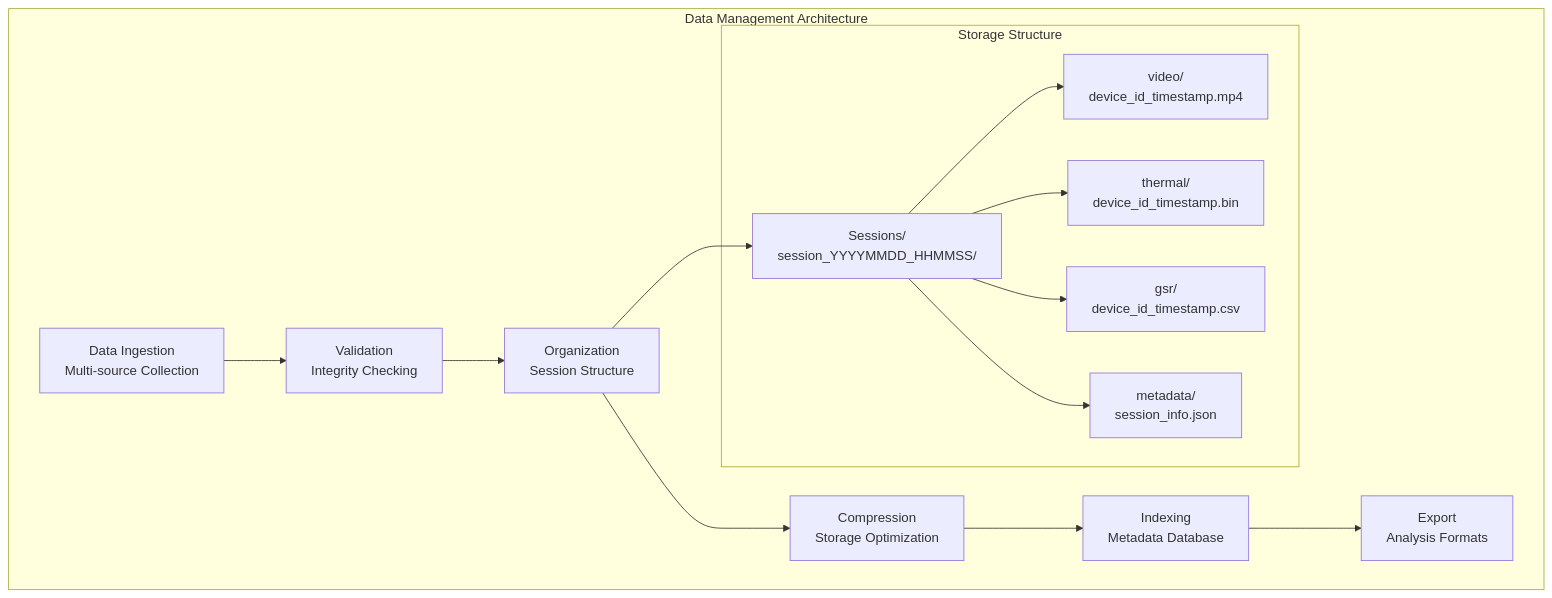
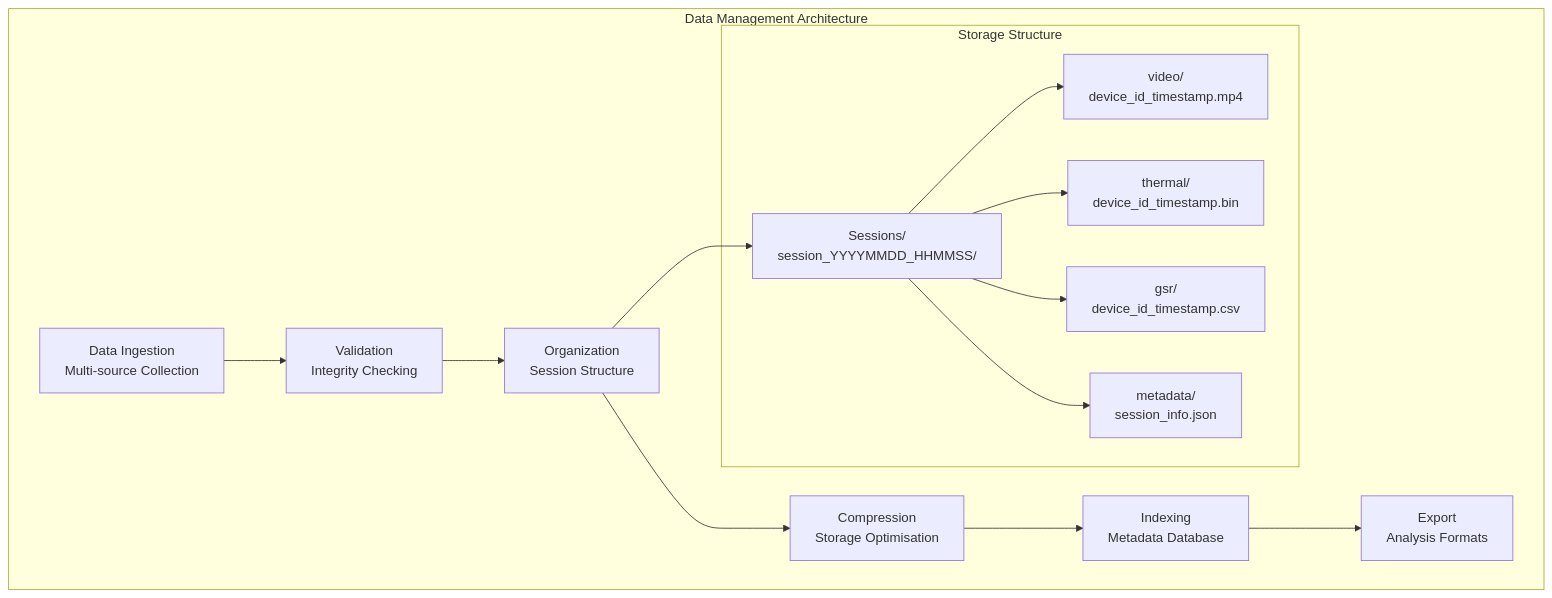
One commit to buccancs/fyp-multi-sensor-recording-system changed the tenth of 11 diagrams in PythonApp/README.md. Above: the diagram before and after it, drawn with Mermaid. The commit also changed other lines of this file and 56 other files, not shown here.

````diff
--- a/PythonApp/README.md
+++ b/PythonApp/README.md
@@ -1290,31 +1290,31 @@
 ```mermaid
 graph TB
     subgraph "Data Management Architecture"
         INGEST[Data Ingestion<br/>Multi-source Collection]
         VALIDATE[Validation<br/>Integrity Checking]
-        ORGANIZE[Organization<br/>Session Structure]
-        COMPRESS[Compression<br/>Storage Optimization]
+        ORGANIS\1[Organization<br/>Session Structure]
+        COMPRESS[Compression<br/>Storage Optimisation]
         INDEX[Indexing<br/>Metadata Database]
         EXPORT[Export<br/>Analysis Formats]
         
         INGEST --> VALIDATE
-        VALIDATE --> ORGANIZE
-        ORGANIZE --> COMPRESS
+        VALIDATE --> ORGANIS\1
+        ORGANIS\1 --> COMPRESS
         COMPRESS --> INDEX
         INDEX --> EXPORT
         
         subgraph "Storage Structure"
             SESSIONS[Sessions/<br/>session_YYYYMMDD_HHMMSS/]
             VIDEO[video/<br/>device_id_timestamp.mp4]
             THERMAL[thermal/<br/>device_id_timestamp.bin]
             GSR[gsr/<br/>device_id_timestamp.csv]
             META[metadata/<br/>session_info.json]
         end
         
-        ORGANIZE --> SESSIONS
+        ORGANIS\1 --> SESSIONS
         SESSIONS --> VIDEO
         SESSIONS --> THERMAL
         SESSIONS --> GSR
         SESSIONS --> META
     end
 ```
````
